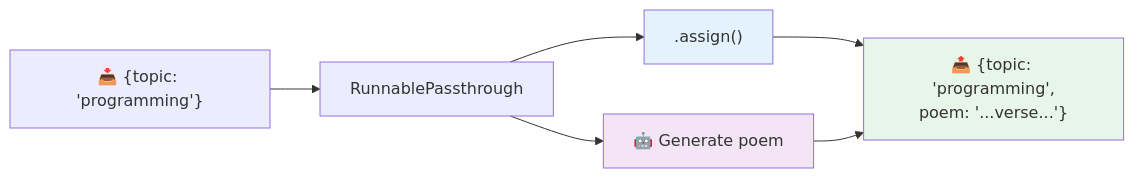
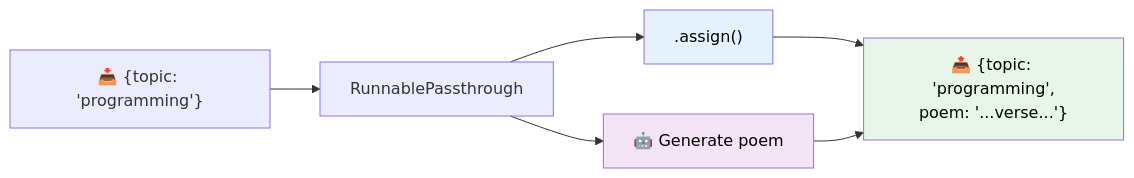
One commit to remolaan/Agentic-AI-Cookbook changed the fourth of 4 diagrams in 13_lcel/README.md. Above: the diagram before and after it, drawn with Mermaid. The commit also changed other lines of this file and 45 other files, not shown here.

Commit message:
Fix Mermaid diagram text colors for readability across all READMEs

````diff
--- a/13_lcel/README.md
+++ b/13_lcel/README.md
@@ -101,12 +101,12 @@
 ```mermaid
 flowchart LR
     I["📥 {topic: 'programming'}"] --> P["RunnablePassthrough"]
     P --> A[".assign()"]
     P --> G["🤖 Generate poem"]
     A --> O["📤 {topic: 'programming',<br/>poem: '...verse...'}"]
     G --> O
     
-    style A fill:#e3f2fd
-    style G fill:#f3e5f5
-    style O fill:#e8f5e9
+    style A fill:#e3f2fd,color:#000000
+    style G fill:#f3e5f5,color:#000000
+    style O fill:#e8f5e9,color:#000000
 ```
````
